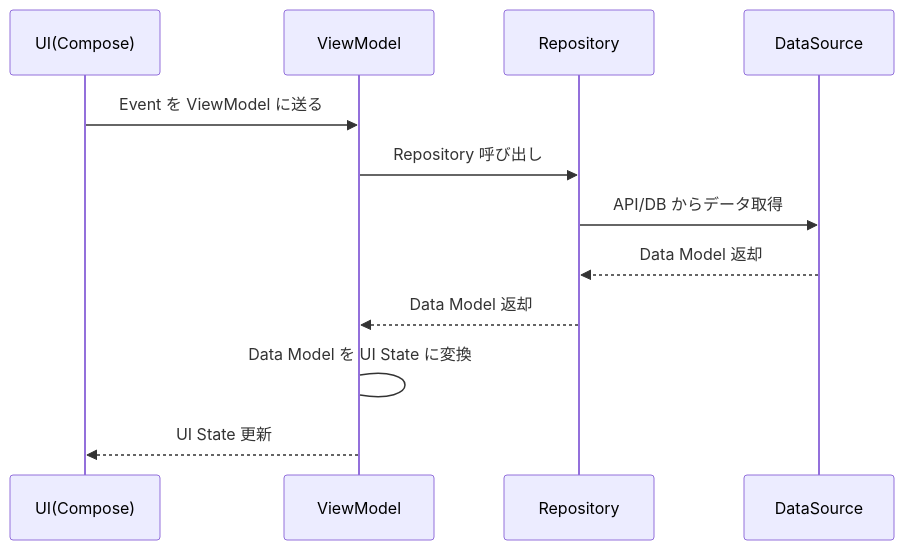
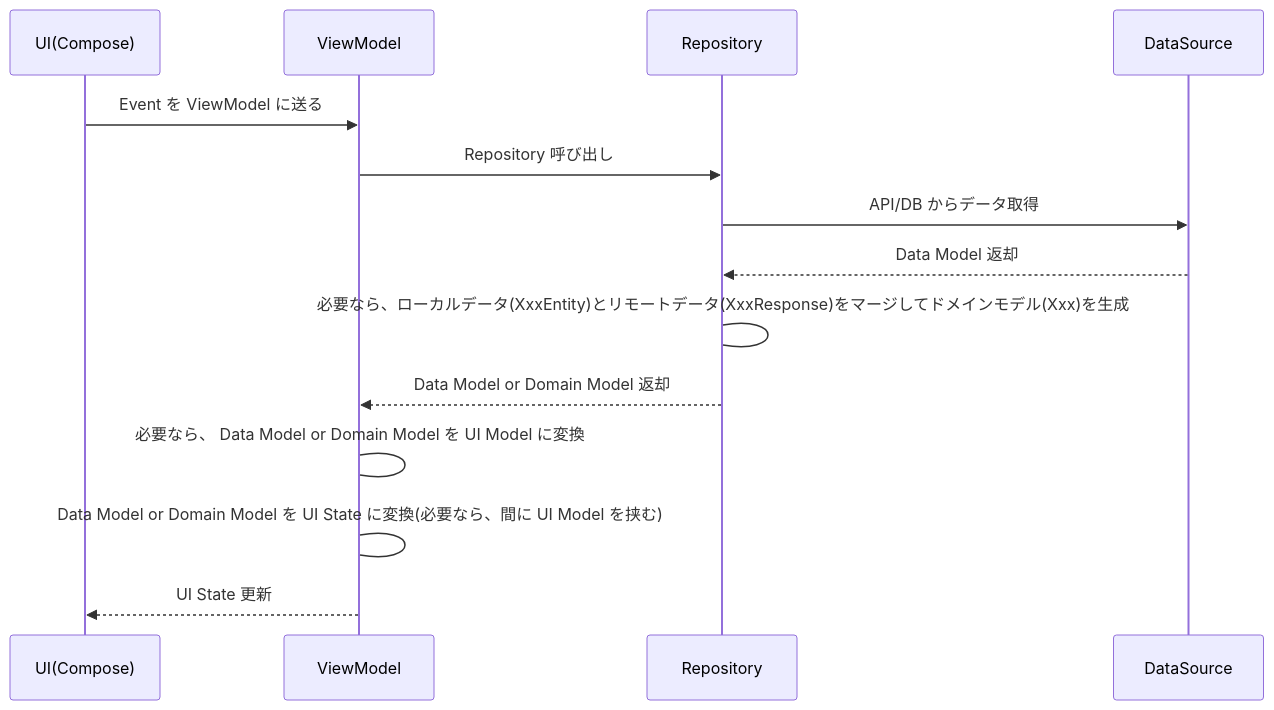
Before and after one commit to okuda0715tech/DirectDebitManager: the second of 3 diagrams in docs/architecture.md, drawn with Mermaid. The commit also changed other lines of this file, not shown here.

Commit message:
docs: Model の命名規則を追加した。 Model の変換の責務を明確にした。

````diff
--- a/docs/architecture.md
+++ b/docs/architecture.md
@@ -60,15 +60,17 @@
 ```mermaid
 sequenceDiagram
   participant UI as UI(Compose)
   participant VM as ViewModel
   participant REP as Repository
   participant DS as DataSource
 
   UI ->> VM: Event を ViewModel に送る
   VM ->> REP: Repository 呼び出し
   REP ->> DS: API/DB からデータ取得
   DS -->> REP: Data Model 返却
-  REP -->> VM: Data Model 返却
-  VM -> VM: Data Model を UI State に変換
+  REP -> REP: 必要なら、ローカルデータ(XxxEntity)とリモートデータ(XxxResponse)をマージしてドメインモデル(Xxx)を生成
+  REP -->> VM: Data Model or Domain Model 返却
+  VM -> VM: 必要なら、 Data Model or Domain Model を UI Model に変換
+  VM -> VM: Data Model or Domain Model を UI State に変換(必要なら、間に UI Model を挟む)
   VM -->> UI: UI State 更新
 ```
````
